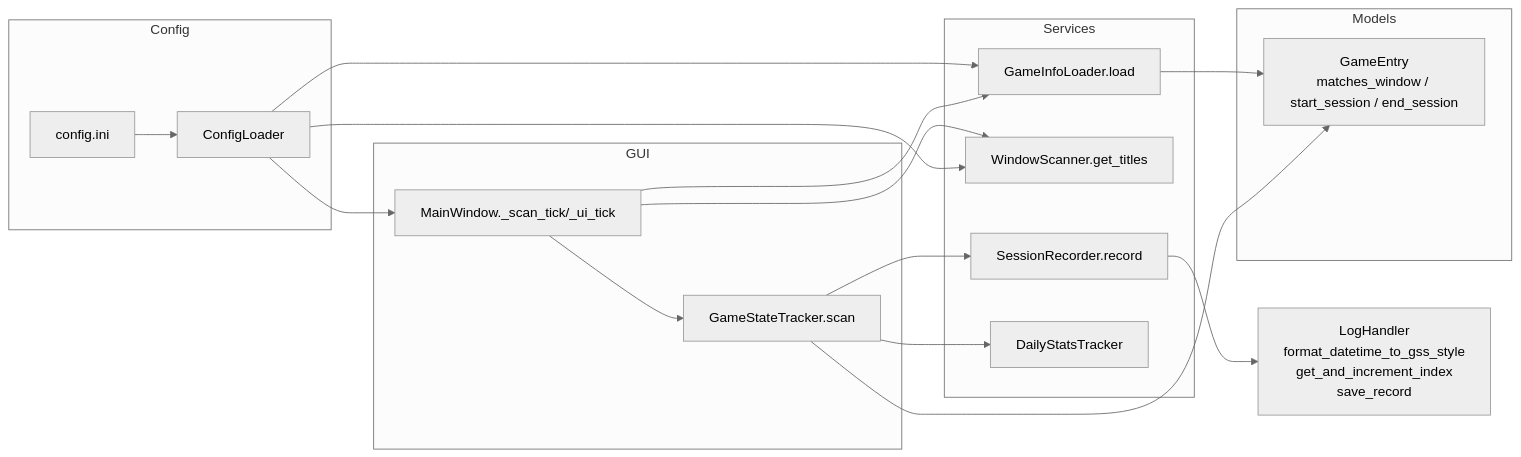
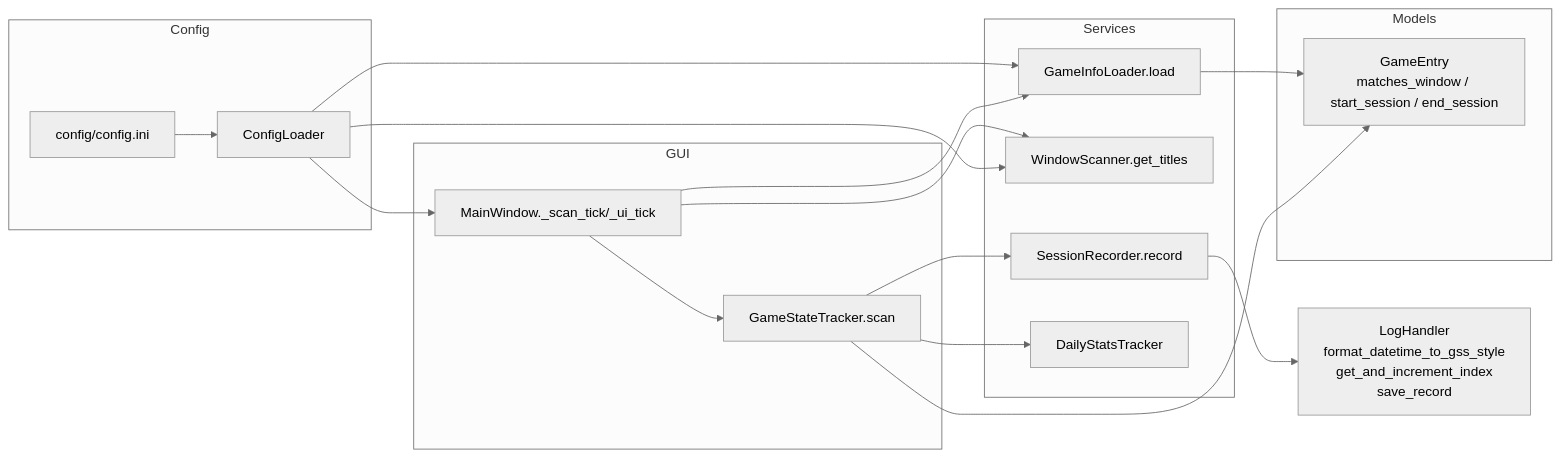
The diagram in README.md (ynanigashi/game_time_tracker), drawn with Mermaid (neutral theme) before and after one commit. The commit also changed other lines of this file and 10 other files, not shown here.

````diff
--- a/README.md
+++ b/README.md
@@ -203,31 +207,31 @@
 ```mermaid
 flowchart LR
     subgraph Config
-        C[config.ini] --> CL[ConfigLoader]
+        C[config/config.ini] --> CL[ConfigLoader]
     end
     subgraph Models
         GE[GameEntry<br/>matches_window / start_session / end_session]
     end
     subgraph Services
         GIL[GameInfoLoader.load] --> GE
         WS[WindowScanner.get_titles]
         SR[SessionRecorder.record]
         DS[DailyStatsTracker]
     end
     subgraph GUI
         MW[MainWindow._scan_tick/_ui_tick]
         GST[GameStateTracker.scan]
     end
 
     MW --> WS
     MW --> GST
     GST --> GE
     GST --> SR
     GST --> DS
     SR --> LH[LogHandler<br/>format_datetime_to_gss_style<br/>get_and_increment_index<br/>save_record]
 
     CL --> MW
     CL --> GIL
     CL --> WS
     MW --> GIL
 ```
````
